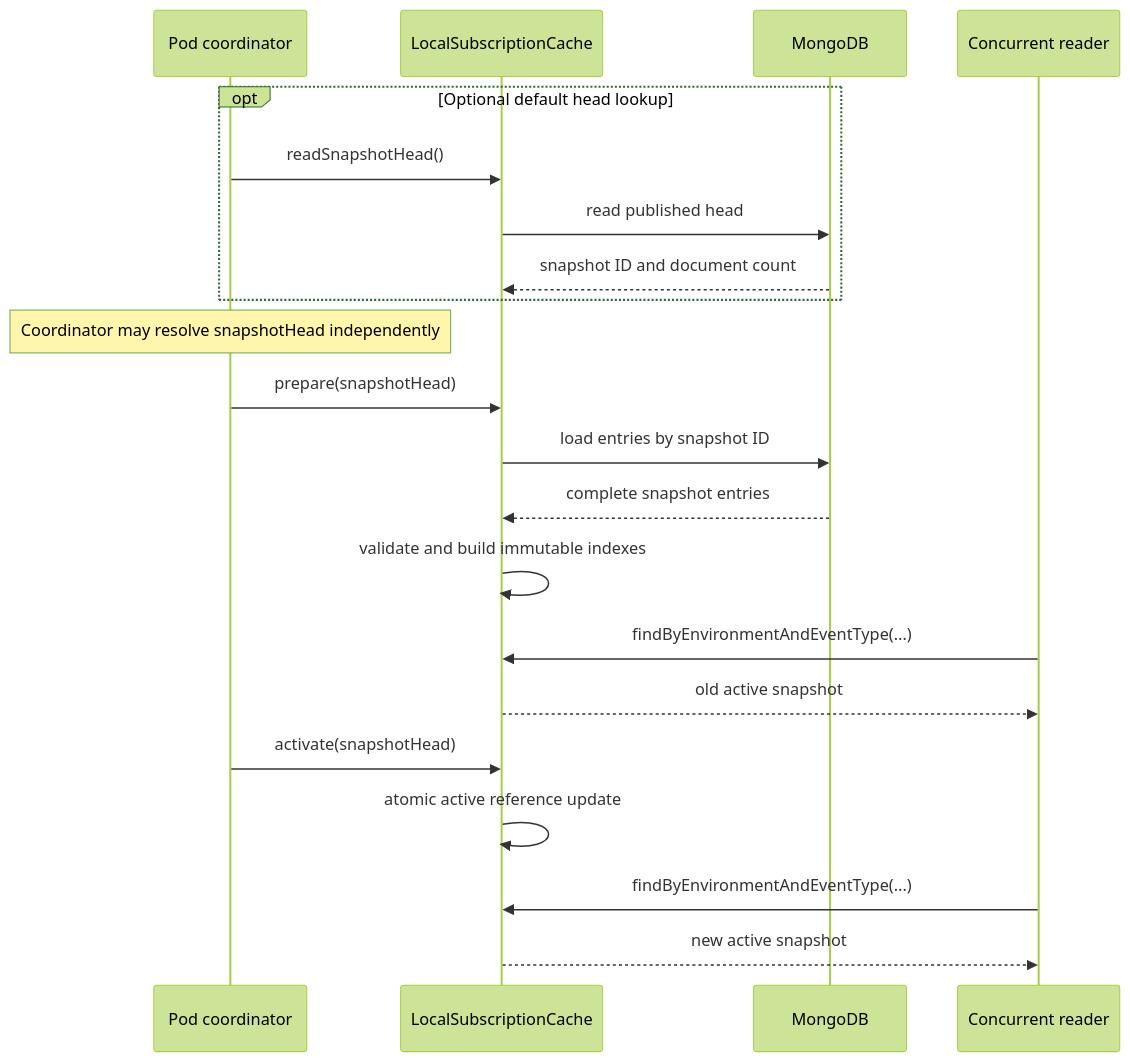
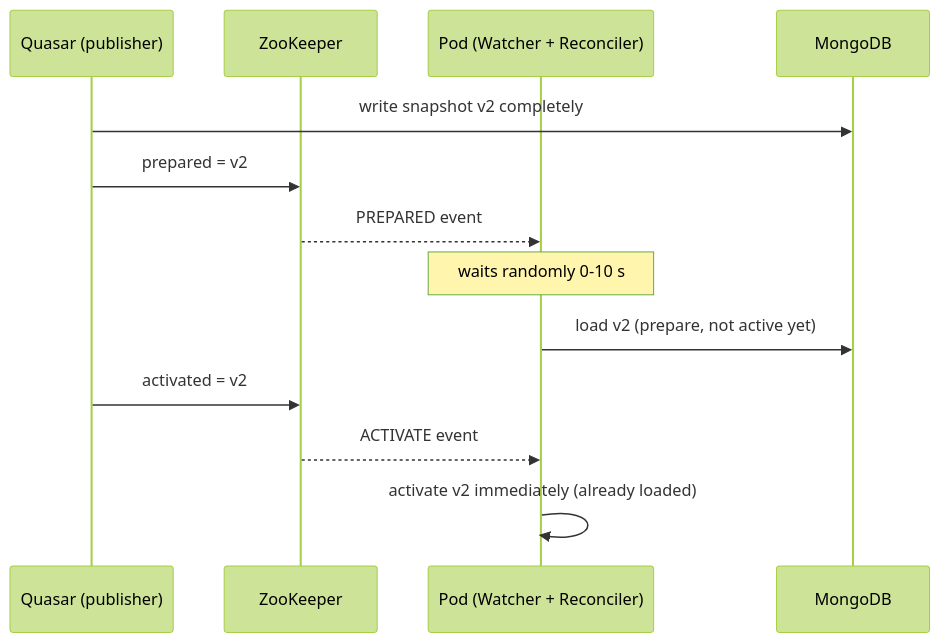
One commit to telekom/pubsub-horizon-spring-parent changed the second of 4 diagrams in docs/local-subscription-cache.md. Above: the diagram before and after it, drawn with Mermaid (forest theme). The commit also changed other lines of this file and 7 other files, not shown here.

First line of the commit message:
feat(cache): replace MongoDB head fallback flag with mongo-head-fallback-mode

````diff
--- a/docs/local-subscription-cache.md
+++ b/docs/local-subscription-cache.md
@@ -284,24 +311,15 @@
 ```mermaid
 sequenceDiagram
-    participant Coordinator as Pod coordinator
-    participant Cache as LocalSubscriptionCache
-    participant Mongo as MongoDB
-    participant Reader as Concurrent reader
-
-    opt Optional default head lookup
-        Coordinator->>Cache: readSnapshotHead()
-        Cache->>Mongo: read published head
-        Mongo-->>Cache: snapshot ID and document count
-    end
-    Note over Coordinator: Coordinator may resolve snapshotHead independently
-    Coordinator->>Cache: prepare(snapshotHead)
-    Cache->>Mongo: load entries by snapshot ID
-    Mongo-->>Cache: complete snapshot entries
-    Cache->>Cache: validate and build immutable indexes
-    Reader->>Cache: findByEnvironmentAndEventType(...)
-    Cache-->>Reader: old active snapshot
-    Coordinator->>Cache: activate(snapshotHead)
-    Cache->>Cache: atomic active reference update
-    Reader->>Cache: findByEnvironmentAndEventType(...)
-    Cache-->>Reader: new active snapshot
+    participant Q as Quasar (publisher)
+    participant Z as ZooKeeper
+    participant P as Pod (Watcher + Reconciler)
+    participant M as MongoDB
+    Q->>M: write snapshot v2 completely
+    Q->>Z: prepared = v2
+    Z-->>P: PREPARED event
+    Note over P: waits randomly 0-10 s
+    P->>M: load v2 (prepare, not active yet)
+    Q->>Z: activated = v2
+    Z-->>P: ACTIVATE event
+    P->>P: activate v2 immediately (already loaded)
 ```
````
